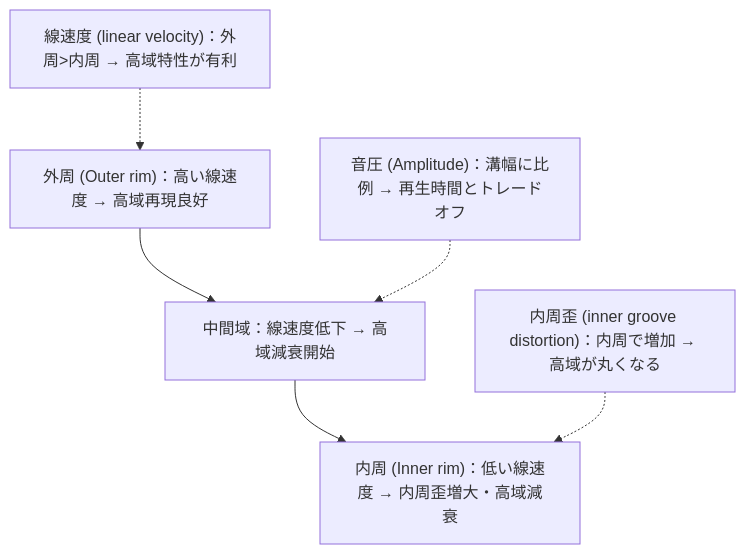
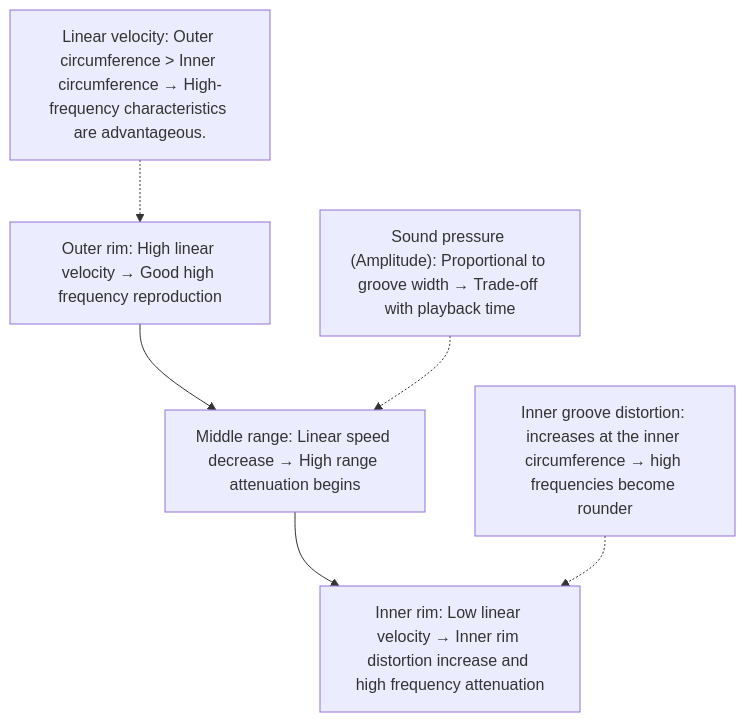
One commit to monumental-movement/monumental-movement.github.io changed the third of 3 diagrams in en/_posts/2025-10-11-Colum-10-Inch-Vinyl-Tech.md. Above: the diagram before and after it, drawn with Mermaid. The commit also changed other lines of this file and 152 other files, not shown here.

```diff
--- a/en/_posts/2025-10-11-Colum-10-Inch-Vinyl-Tech.md
+++ b/en/_posts/2025-10-11-Colum-10-Inch-Vinyl-Tech.md
@@ -216,19 +216,19 @@
 <div class="mermaid">
 
 flowchart TD
-    O["外周 (Outer rim)：高い線速度 → 高域再現良好"]
-    M["中間域：線速度低下 → 高域減衰開始"]
-    I["内周 (Inner rim)：低い線速度 → 内周歪増大・高域減衰"]
+    O["Outer rim: High linear velocity → Good high frequency reproduction"]
+    M["Middle range: Linear speed decrease → High range attenuation begins"]
+    I["Inner rim: Low linear velocity → Inner rim distortion increase and high frequency attenuation"]
 
     O --> M --> I
 
-    %% 注釈をノードで追加
-    A["線速度 (linear velocity)：外周>内周 → 高域特性が有利"]
-    B["内周歪 (inner groove distortion)：内周で増加 → 高域が丸くなる"]
-    C["音圧 (Amplitude)：溝幅に比例 → 再生時間とトレードオフ"]
+    %% Add annotation with node
+    A["Linear velocity: Outer circumference > Inner circumference → High-frequency characteristics are advantageous."]
+    B["Inner groove distortion: increases at the inner circumference → high frequencies become rounder"]
+    C["Sound pressure (Amplitude): Proportional to groove width → Trade-off with playback time"]
 
     A -.-> O
     B -.-> I
     C -.-> M
 
 </div>
```
